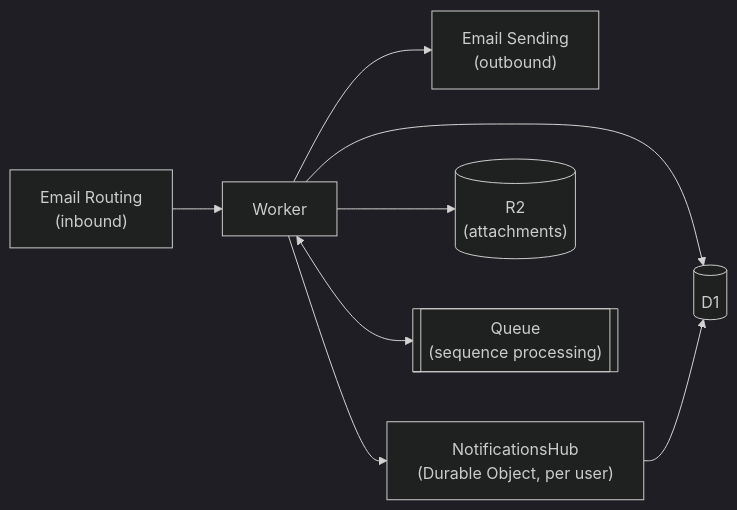
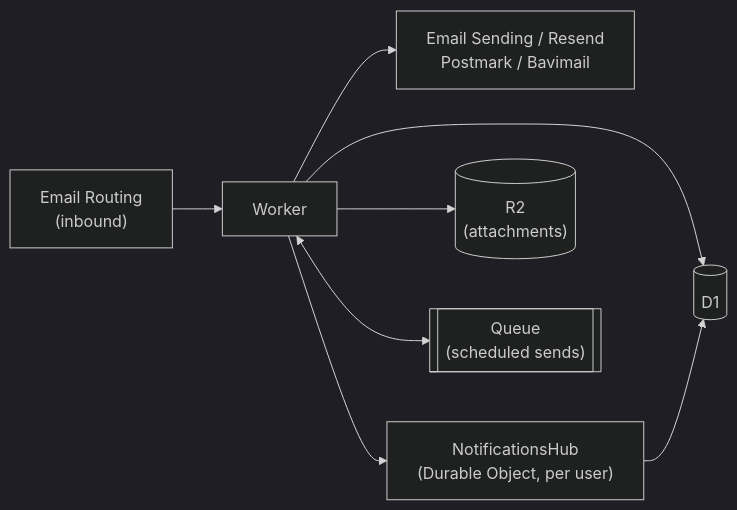
Before and after one commit to CssEoCAO/openmail-serverless: the diagram in README.md, drawn with Mermaid (dark theme). The commit also changed other lines of this file, not shown here.

````diff
--- a/README.md
+++ b/README.md
@@ -488,20 +71,18 @@
 ```mermaid
 flowchart LR
     EmailRouting["Email Routing<br/>(inbound)"]
-    EmailSending["Email Sending<br/>(outbound)"]
-
+    Providers["Email Sending / Resend<br/>Postmark / Bavimail"]
     Worker["Worker"]
     DO["NotificationsHub<br/>(Durable Object, per user)"]
-
     D1[("D1")]
     R2[("R2<br/>(attachments)")]
-    Q[["Queue<br/>(sequence processing)"]]
+    Q[["Queue<br/>(scheduled sends)"]]
 
     EmailRouting --> Worker
-    Worker --> EmailSending
+    Worker --> Providers
     Worker --> DO
     Worker --> D1
     Worker --> R2
     Worker <--> Q
     DO --> D1
 ```
````
